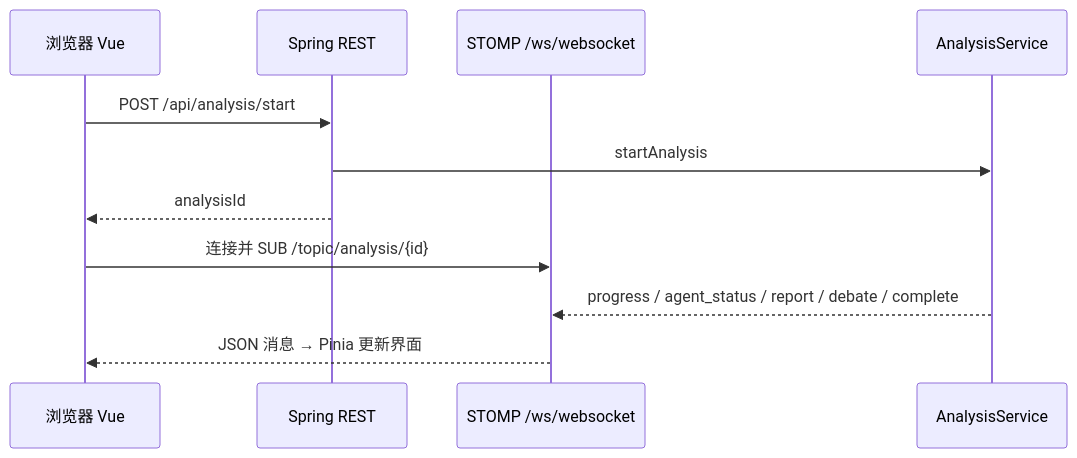
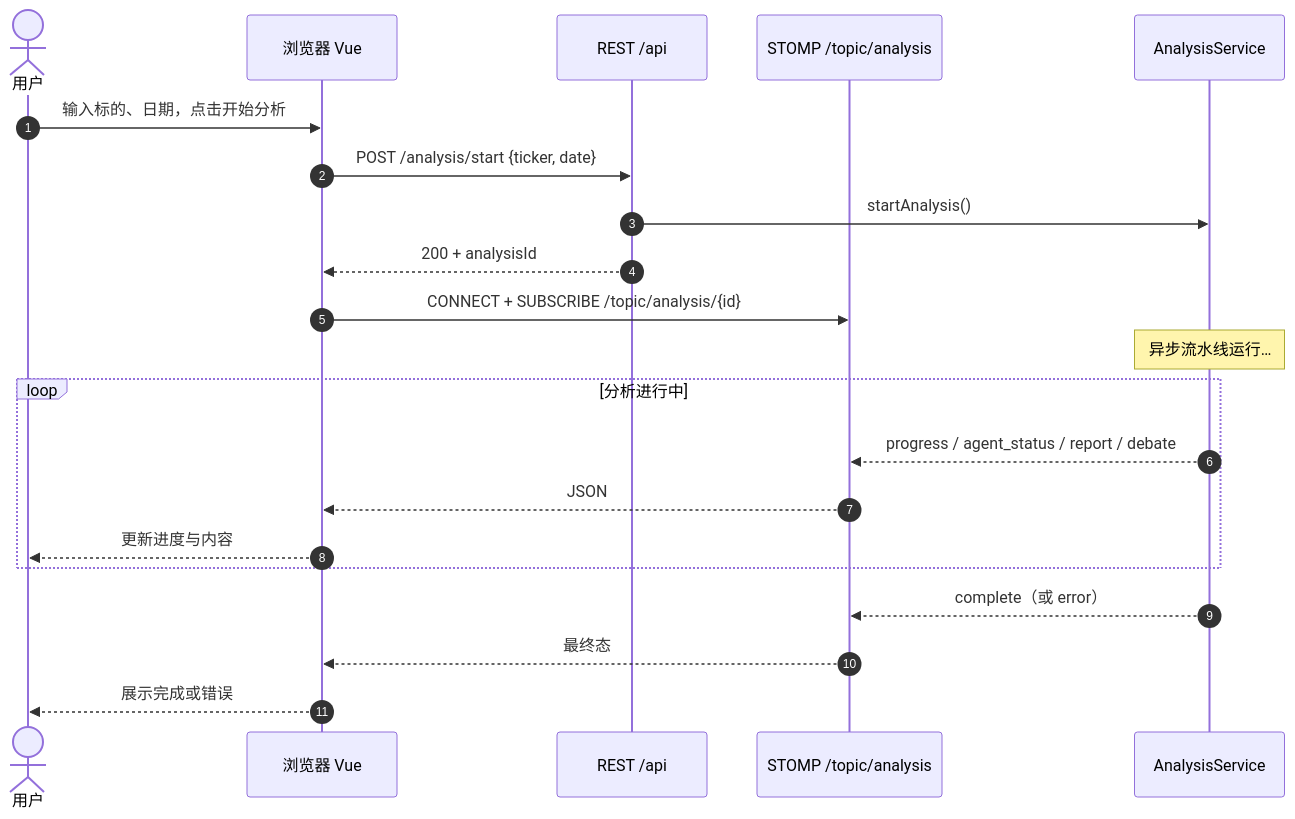
One commit to limaonet/TradingAgentsWeb changed the second of 2 diagrams in docs/analysis-pipeline.md. Above: the diagram before and after it, drawn with Mermaid. The commit also changed other lines of this file and 1 other file, not shown here.

First line of the commit message:
docs: redraw analysis pipeline from user input with roles

````diff
--- a/docs/analysis-pipeline.md
+++ b/docs/analysis-pipeline.md
@@ -64,14 +115,24 @@
 ```mermaid
 sequenceDiagram
+    autonumber
+    actor User as 用户
     participant UI as 浏览器 Vue
-    participant API as Spring REST
-    participant WS as STOMP /ws/websocket
+    participant API as REST /api
+    participant WS as STOMP /topic/analysis
     participant SVC as AnalysisService
 
-    UI->>API: POST /api/analysis/start
-    API->>SVC: startAnalysis
-    API-->>UI: analysisId
-    UI->>WS: 连接并 SUB /topic/analysis/{id}
-    SVC-->>WS: progress / agent_status / report / debate / complete
-    WS-->>UI: JSON 消息 → Pinia 更新界面
+    User->>UI: 输入标的、日期，点击开始分析
+    UI->>API: POST /analysis/start {ticker, date}
+    API->>SVC: startAnalysis()
+    API-->>UI: 200 + analysisId
+    UI->>WS: CONNECT + SUBSCRIBE /topic/analysis/{id}
+    Note over SVC: 异步流水线运行…
+    loop 分析进行中
+        SVC-->>WS: progress / agent_status / report / debate
+        WS-->>UI: JSON
+        UI-->>User: 更新进度与内容
+    end
+    SVC-->>WS: complete（或 error）
+    WS-->>UI: 最终态
+    UI-->>User: 展示完成或错误
 ```
````
